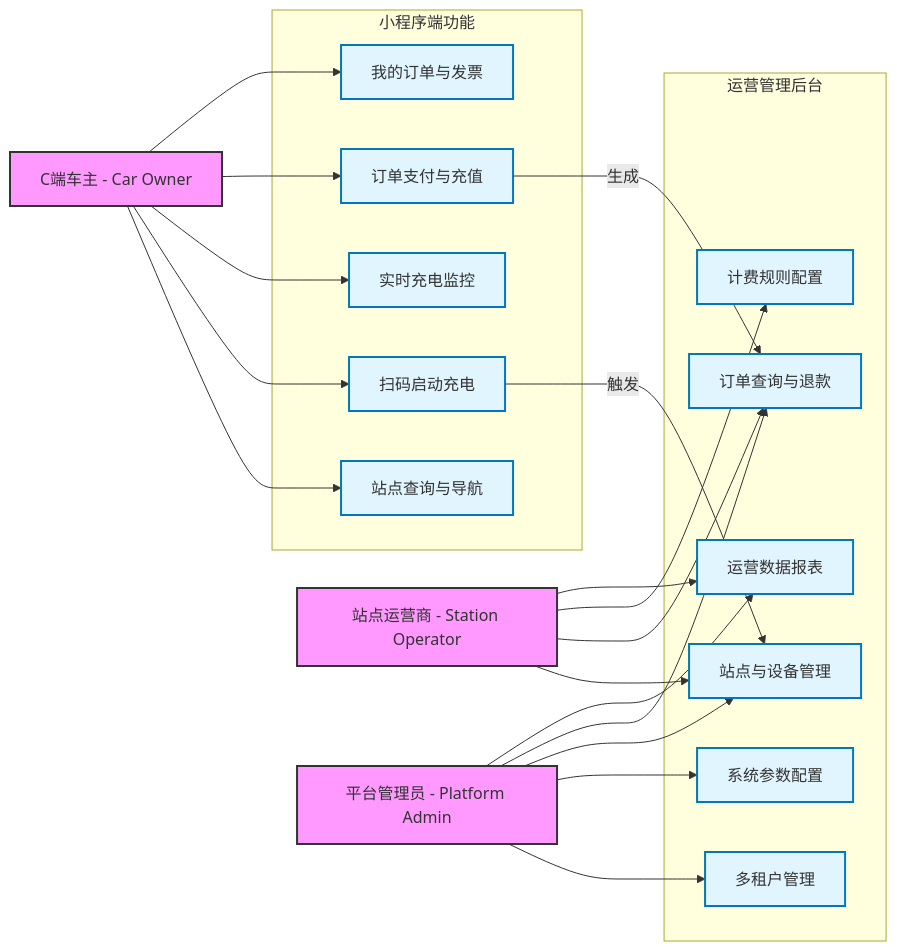
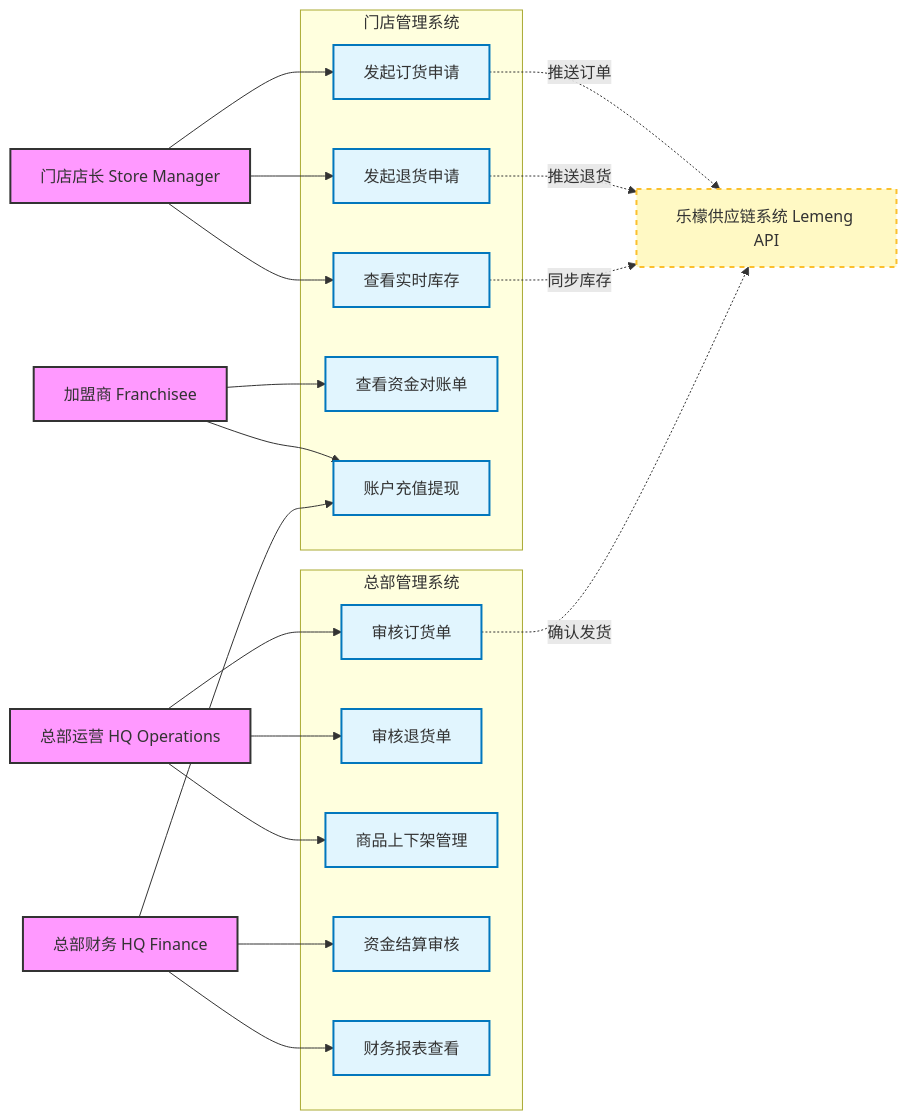
One commit to megadotnet/HUIZHI-ChargeOS-cloud changed the diagram in docs/explain/01_roles_and_usecases.md. Above: the diagram before and after it, drawn with Mermaid. The commit also changed other lines of this file and 7 other files, not shown here.

````diff
--- a/docs/explain/01_roles_and_usecases.md
+++ b/docs/explain/01_roles_and_usecases.md
@@ -19,54 +20,55 @@
 ```mermaid
 flowchart LR
     %% 样式定义
     classDef actor fill:#f9f,stroke:#333,stroke-width:2px;
     classDef module fill:#e1f5fe,stroke:#0277bd,stroke-width:2px;
     classDef ext fill:#fff9c4,stroke:#fbc02d,stroke-width:2px,stroke-dasharray: 5 5;
 
     %% 角色定义
-    User[C端车主 - Car Owner]:::actor
-    Operator[站点运营商 - Station Operator]:::actor
-    Admin[平台管理员 - Platform Admin]:::actor
+    StoreMgr[门店店长 Store Manager]:::actor
+    Franchisee[加盟商 Franchisee]:::actor
+    HQOps[总部运营 HQ Operations]:::actor
+    HQFin[总部财务 HQ Finance]:::actor
+    Lemeng[乐檬供应链系统 Lemeng API]:::ext
 
-    %% 模块定义 - C端
-    subgraph AppClient [小程序端功能]
-        Search[站点查询与导航]:::module
-        Scan[扫码启动充电]:::module
-        RealTime[实时充电监控]:::module
-        Pay[订单支付与充值]:::module
-        MyOrder[我的订单与发票]:::module
+    %% 模块定义 - 门店端
+    subgraph StoreSystem [门店管理系统]
+        CreateOrder[发起订货申请]:::module
+        ReturnOrder[发起退货申请]:::module
+        ViewStock[查看实时库存]:::module
+        CheckBill[查看资金对账单]:::module
+        Recharge[账户充值提现]:::module
     end
 
-    %% 模块定义 - 运营端
-    subgraph AdminSystem [运营管理后台]
-        StationMgmt[站点与设备管理]:::module
-        OrderMgmt[订单查询与退款]:::module
-        PriceRule[计费规则配置]:::module
-        DataReport[运营数据报表]:::module
-        TenantMgmt[多租户管理]:::module
-        SysConfig[系统参数配置]:::module
+    %% 模块定义 - 总部端
+    subgraph HQSystem [总部管理系统]
+        AuditOrder[审核订货单]:::module
+        AuditReturn[审核退货单]:::module
+        ManageGoods[商品上下架管理]:::module
+        Settlement[资金结算审核]:::module
+        FinReport[财务报表查看]:::module
     end
 
     %% 关系连线
-    User --> Search
-    User --> Scan
-    User --> RealTime
-    User --> Pay
-    User --> MyOrder
+    StoreMgr --> CreateOrder
+    StoreMgr --> ReturnOrder
+    StoreMgr --> ViewStock
 
-    Operator --> StationMgmt
-    Operator --> OrderMgmt
-    Operator --> PriceRule
-    Operator --> DataReport
+    Franchisee --> CheckBill
+    Franchisee --> Recharge
 
-    Admin --> TenantMgmt
-    Admin --> SysConfig
-    Admin --> StationMgmt
-    Admin --> OrderMgmt
-    Admin --> DataReport
+    HQOps --> AuditOrder
+    HQOps --> AuditReturn
+    HQOps --> ManageGoods
 
-    %% 业务流向注释
-    Scan -- 触发 --> StationMgmt
-    Pay -- 生成 --> OrderMgmt
+    HQFin --> Settlement
+    HQFin --> FinReport
+    HQFin --> Recharge
+
+    %% 跨系统交互
+    CreateOrder -. 推送订单 .-> Lemeng
+    ReturnOrder -. 推送退货 .-> Lemeng
+    ViewStock -. 同步库存 .-> Lemeng
+    AuditOrder -. 确认发货 .-> Lemeng
 
 ```
````
